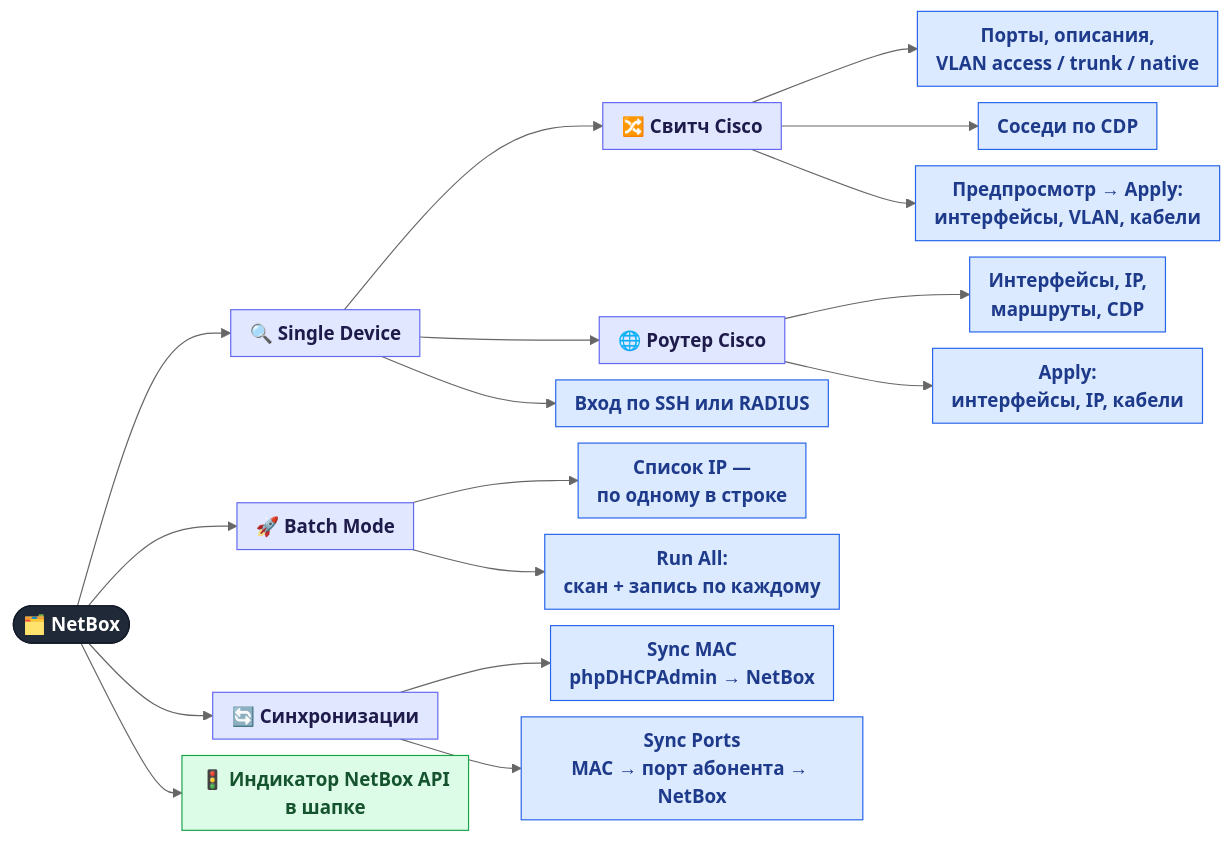
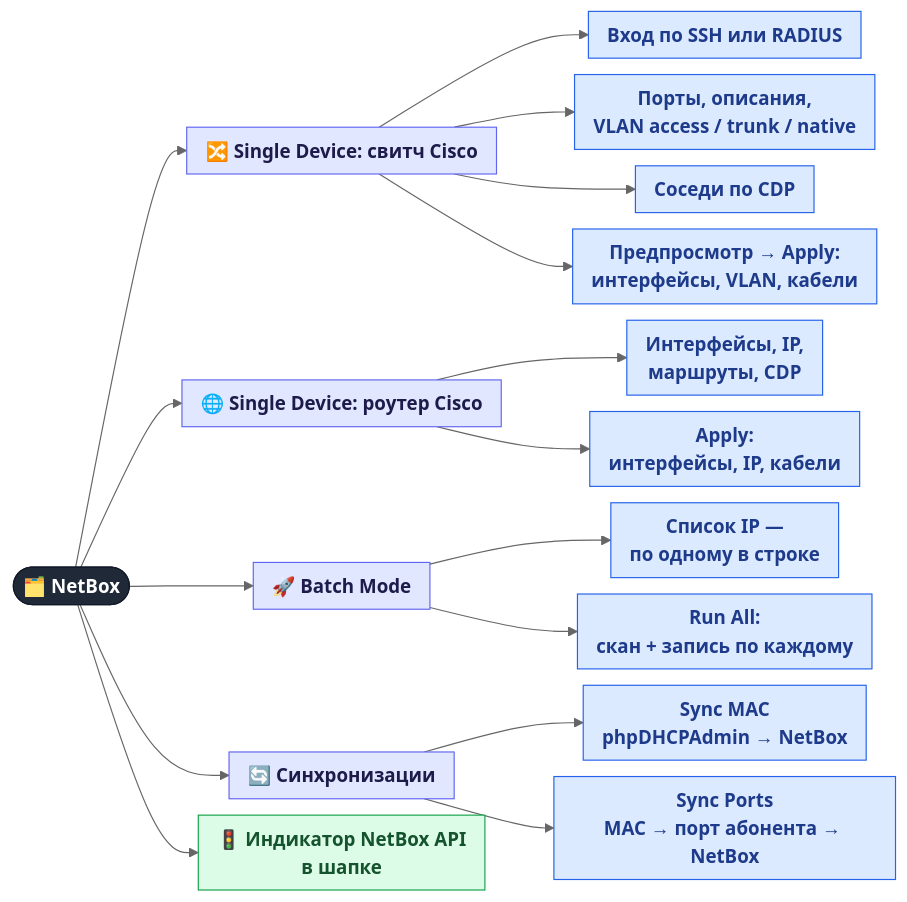
The first of 2 diagrams in docs/features/06-netbox.md (Madly222/MCPforMonitoring), drawn with Mermaid (neutral theme) before and after one commit. The commit also changed 1 other file, not shown here.

Commit message:
docs(features): flatten NetBox and Admin trees to two levels
Three-level trees were wider than GitHubs content column and got cropped.

````diff
--- a/docs/features/06-netbox.md
+++ b/docs/features/06-netbox.md
@@ -8,30 +8,30 @@
 ```mermaid
 %%{init: {"flowchart": {"nodeSpacing": 14, "rankSpacing": 45, "curve": "basis", "padding": 8, "wrappingWidth": 260}}}%%
 flowchart LR
     ROOT(["🗂️ NetBox"]):::root
 
-    ROOT --> ONE["🔍 Single Device"]:::group
-    ONE --> SW["🔀 Свитч Cisco"]:::group
+    ROOT --> SW["🔀 Single Device: свитч Cisco"]:::group
+    SW --> SW0["Вход по SSH или RADIUS"]:::admin
     SW --> SW1["Порты, описания,<br/>VLAN access / trunk / native"]:::admin
     SW --> SW2["Соседи по CDP"]:::admin
     SW --> SW3["Предпросмотр → Apply:<br/>интерфейсы, VLAN, кабели"]:::admin
-    ONE --> RT["🌐 Роутер Cisco"]:::group
+
+    ROOT --> RT["🌐 Single Device: роутер Cisco"]:::group
     RT --> RT1["Интерфейсы, IP,<br/>маршруты, CDP"]:::admin
     RT --> RT2["Apply:<br/>интерфейсы, IP, кабели"]:::admin
-    ONE --> CR["Вход по SSH или RADIUS"]:::admin
 
     ROOT --> BATCH["🚀 Batch Mode"]:::group
     BATCH --> B1["Список IP —<br/>по одному в строке"]:::admin
     BATCH --> B2["Run All:<br/>скан + запись по каждому"]:::admin
 
     ROOT --> SYNC["🔄 Синхронизации"]:::group
     SYNC --> Y1["Sync MAC<br/>phpDHCPAdmin → NetBox"]:::admin
     SYNC --> Y2["Sync Ports<br/>MAC → порт абонента → NetBox"]:::admin
 
     ROOT --> HB["🚦 Индикатор NetBox API<br/>в шапке"]:::all
 
     classDef root  fill:#1f2937,stroke:#111827,color:#ffffff,font-weight:bold
     classDef group fill:#e0e7ff,stroke:#6366f1,color:#1e1b4b,font-weight:bold
     classDef all   fill:#dcfce7,stroke:#16a34a,color:#14532d
     classDef admin fill:#dbeafe,stroke:#2563eb,color:#1e3a8a
 ```
````
